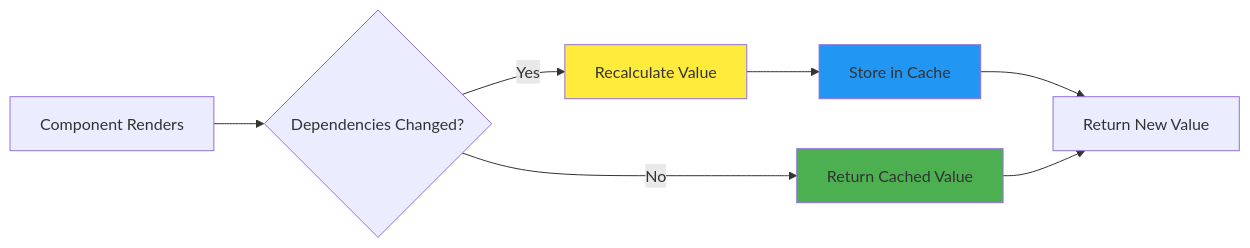
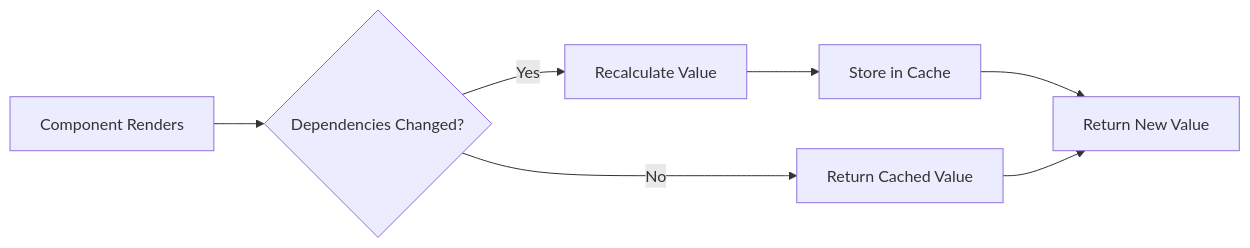
The second of 2 diagrams in public/api/articles/memoization.md (shapkarin/shapkarin.me), drawn with Mermaid before and after one commit. The commit also changed other lines of this file and 67 other files, not shown here.

````diff
--- a/public/api/articles/memoization.md
+++ b/public/api/articles/memoization.md
@@ -95,13 +96,9 @@
 ```mermaid
 flowchart LR
     A[Component Renders] --> B{Dependencies Changed?}
     B -->|Yes| C[Recalculate Value]
     B -->|No| D[Return Cached Value]
     C --> E[Store in Cache]
     E --> F[Return New Value]
     D --> F
-    
-    style C fill:#ffeb3b
-    style D fill:#4caf50
-    style E fill:#2196f3
 ```
````
